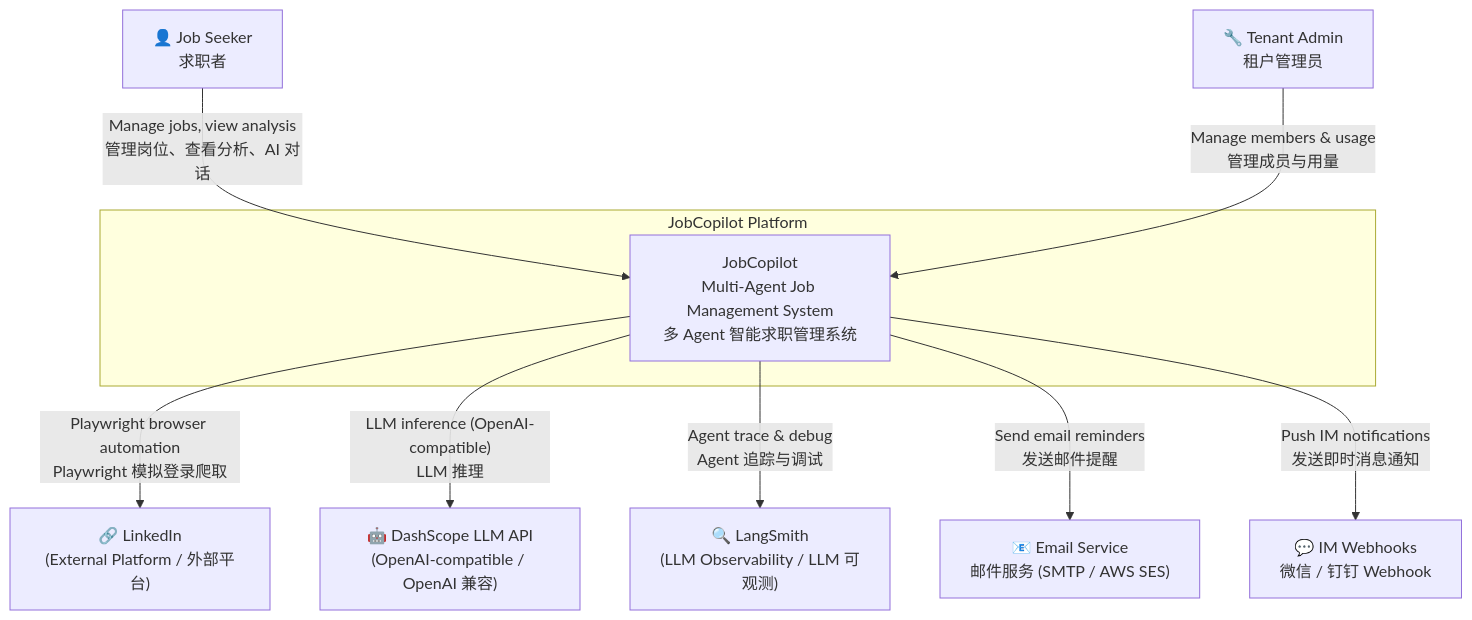
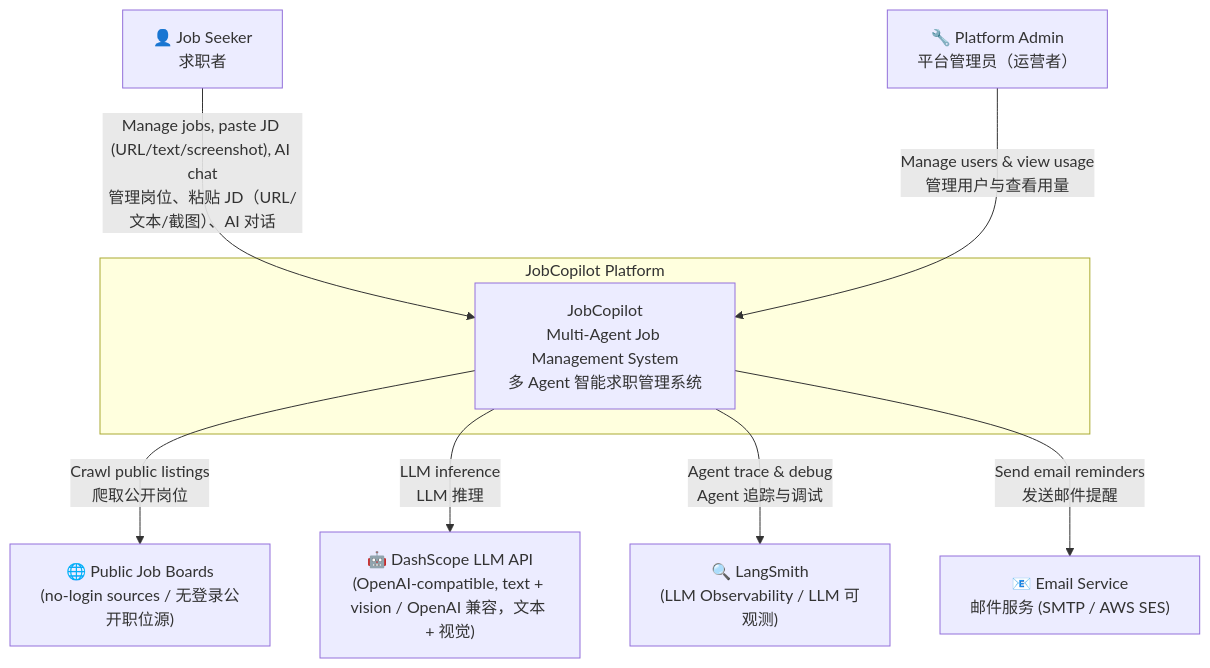
The first of 13 diagrams in docs/SAD.md (shangxiang0907/JobCopilot), drawn with Mermaid before and after one commit. The commit also changed other lines of this file and 3 other files, not shown here.

````diff
--- a/docs/SAD.md
+++ b/docs/SAD.md
@@ -23,23 +25,21 @@
 ```mermaid
 graph TB
     User["👤 Job Seeker\n求职者"]
-    Admin["🔧 Tenant Admin\n租户管理员"]
+    Admin["🔧 Platform Admin\n平台管理员（运营者）"]
 
     subgraph JC["JobCopilot Platform"]
         System["JobCopilot\nMulti-Agent Job Management System\n多 Agent 智能求职管理系统"]
     end
 
-    LinkedIn["🔗 LinkedIn\n(External Platform / 外部平台)"]
-    DashScope["🤖 DashScope LLM API\n(OpenAI-compatible / OpenAI 兼容)"]
+    Boards["🌐 Public Job Boards\n(no-login sources / 无登录公开职位源)"]
+    DashScope["🤖 DashScope LLM API\n(OpenAI-compatible, text + vision / OpenAI 兼容，文本 + 视觉)"]
     LangSmith["🔍 LangSmith\n(LLM Observability / LLM 可观测)"]
     SMTP["📧 Email Service\n邮件服务 (SMTP / AWS SES)"]
-    Webhook["💬 IM Webhooks\n微信 / 钉钉 Webhook"]
 
-    User -->|"Manage jobs, view analysis\n管理岗位、查看分析、AI 对话"| System
-    Admin -->|"Manage members & usage\n管理成员与用量"| System
-    System -->|"Playwright browser automation\nPlaywright 模拟登录爬取"| LinkedIn
-    System -->|"LLM inference (OpenAI-compatible)\nLLM 推理"| DashScope
+    User -->|"Manage jobs, paste JD (URL/text/screenshot), AI chat\n管理岗位、粘贴 JD（URL/文本/截图）、AI 对话"| System
+    Admin -->|"Manage users & view usage\n管理用户与查看用量"| System
+    System -->|"Crawl public listings\n爬取公开岗位"| Boards
+    System -->|"LLM inference\nLLM 推理"| DashScope
     System -->|"Agent trace & debug\nAgent 追踪与调试"| LangSmith
     System -->|"Send email reminders\n发送邮件提醒"| SMTP
-    System -->|"Push IM notifications\n发送即时消息通知"| Webhook
 ```
````
